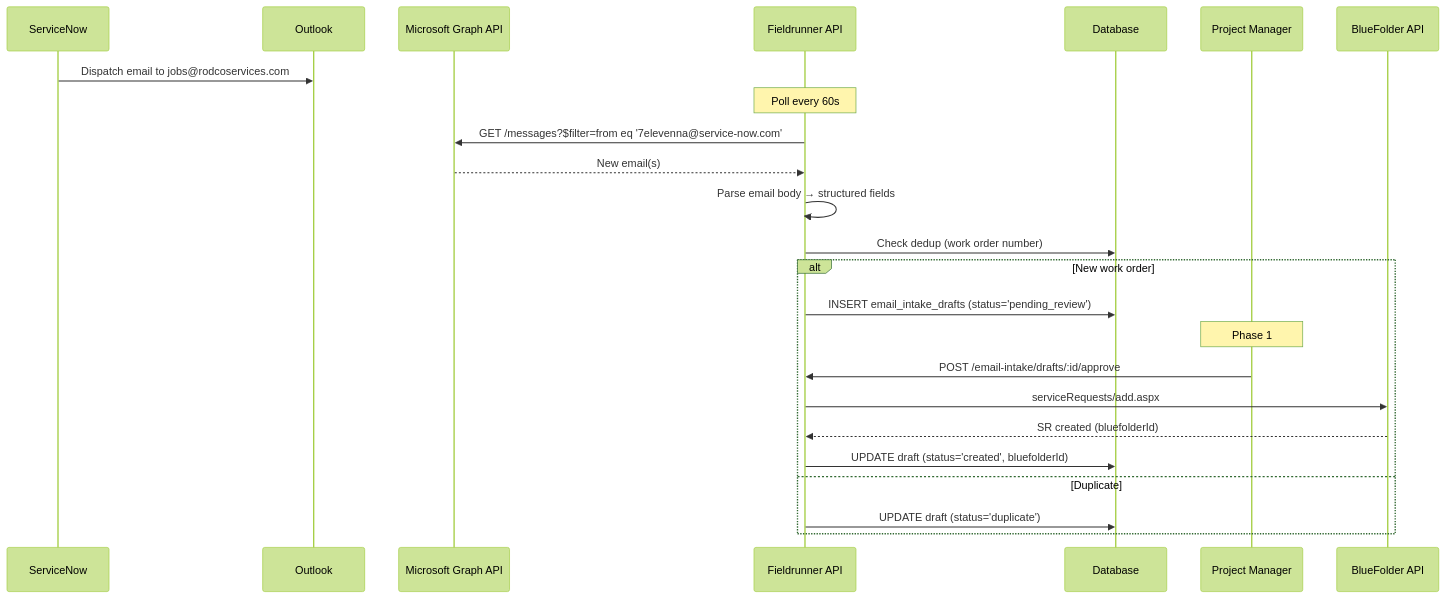
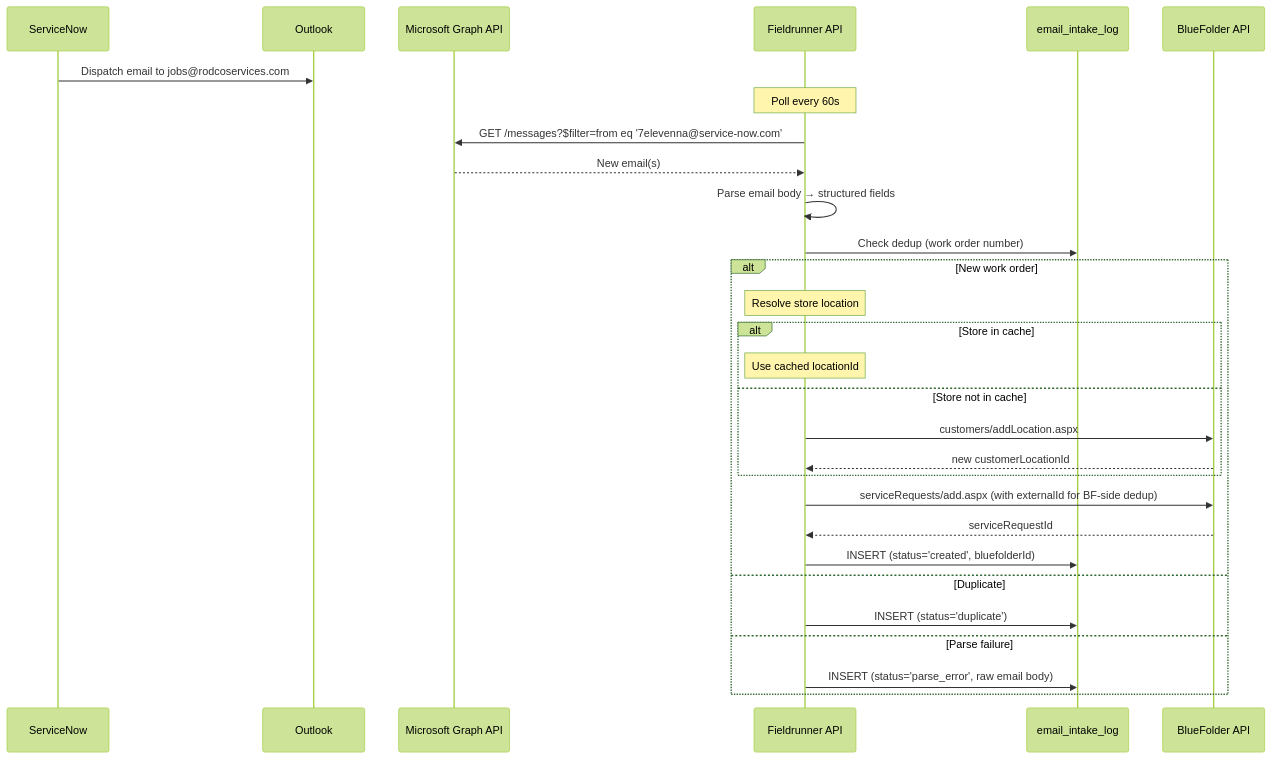
Before and after one commit to ohthatsjhall/fieldrunner: the second of 4 diagrams in apps/api/docs/servicenow-email-intake.md, drawn with Mermaid (forest theme). The commit also changed other lines of this file and 2 other files, not shown here.

````diff
--- a/apps/api/docs/servicenow-email-intake.md
+++ b/apps/api/docs/servicenow-email-intake.md
@@ -64,27 +64,32 @@
 ```mermaid
 sequenceDiagram
     participant SN as ServiceNow
     participant OL as Outlook
     participant MG as Microsoft Graph API
     participant FR as Fieldrunner API
-    participant DB as Database
-    participant PM as Project Manager
+    participant LOG as email_intake_log
     participant BF as BlueFolder API
 
     SN->>OL: Dispatch email to jobs@rodcoservices.com
     Note over FR: Poll every 60s
     FR->>MG: GET /messages?$filter=from eq '7elevenna@service-now.com'
     MG-->>FR: New email(s)
     FR->>FR: Parse email body → structured fields
-    FR->>DB: Check dedup (work order number)
+    FR->>LOG: Check dedup (work order number)
     alt New work order
-        FR->>DB: INSERT email_intake_drafts (status='pending_review')
-        Note over PM: Phase 1
-        PM->>FR: POST /email-intake/drafts/:id/approve
-        FR->>BF: serviceRequests/add.aspx
-        BF-->>FR: SR created (bluefolderId)
-        FR->>DB: UPDATE draft (status='created', bluefolderId)
+        Note over FR: Resolve store location
+        alt Store in cache
+            Note over FR: Use cached locationId
+        else Store not in cache
+            FR->>BF: customers/addLocation.aspx
+            BF-->>FR: new customerLocationId
+        end
+        FR->>BF: serviceRequests/add.aspx (with externalId for BF-side dedup)
+        BF-->>FR: serviceRequestId
+        FR->>LOG: INSERT (status='created', bluefolderId)
     else Duplicate
-        FR->>DB: UPDATE draft (status='duplicate')
+        FR->>LOG: INSERT (status='duplicate')
+    else Parse failure
+        FR->>LOG: INSERT (status='parse_error', raw email body)
     end
 ```
````
